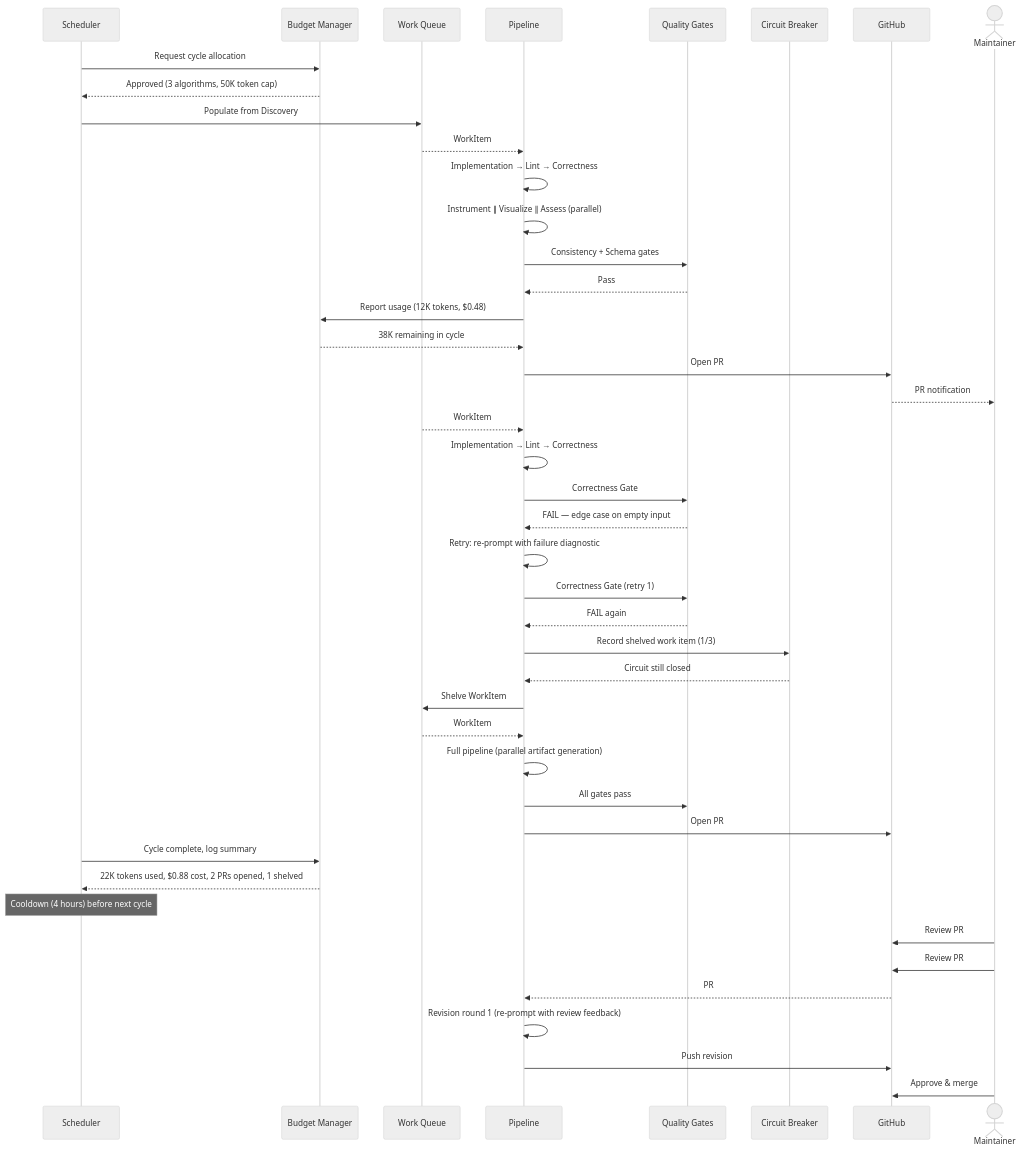
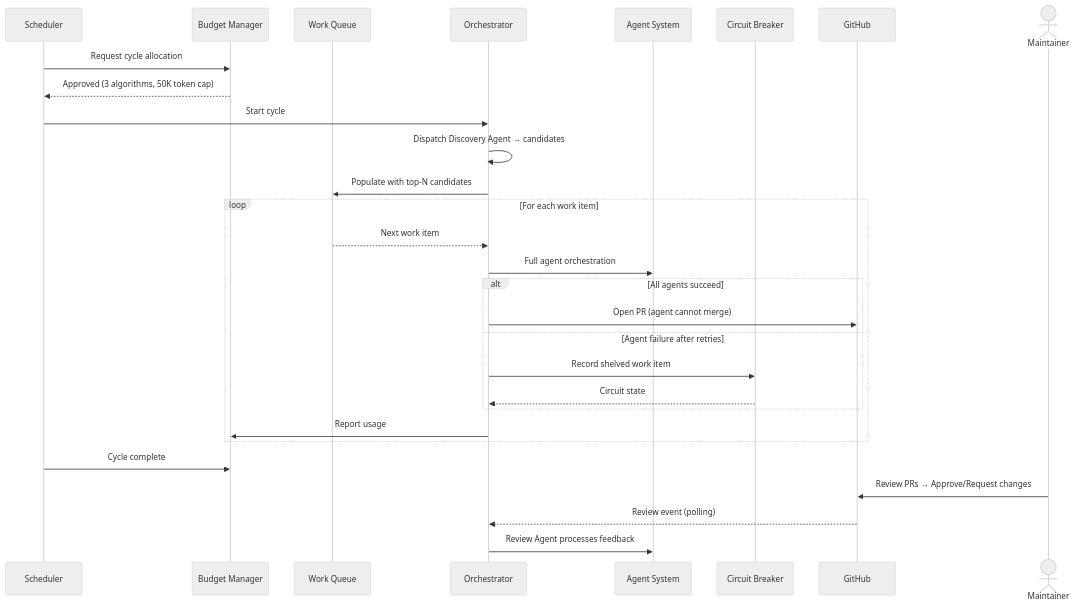
Before and after one commit to no-magic-ai/apprentice: the eighth of 10 diagrams in docs/system-design.md, drawn with Mermaid (neutral theme). The commit also changed other lines of this file, not shown here.

First line of the commit message:
docs: update system design for multi-agent architecture

````diff
--- a/docs/system-design.md
+++ b/docs/system-design.md
@@ -555,59 +569,36 @@
 ```mermaid
 sequenceDiagram
     participant Sched as Scheduler
     participant Budget as Budget Manager
     participant Queue as Work Queue
-    participant Pipe as Pipeline
-    participant Gates as Quality Gates
+    participant Orch as Orchestrator
+    participant Agents as Agent System
     participant CB as Circuit Breaker
     participant GH as GitHub
     actor Dev as Maintainer
 
     Sched->>Budget: Request cycle allocation
     Budget-->>Sched: Approved (3 algorithms, 50K token cap)
 
-    Sched->>Queue: Populate from Discovery
-    Queue-->>Pipe: WorkItem #1: "quickselect" (18K allocated)
+    Sched->>Orch: Start cycle
+    Orch->>Orch: Dispatch Discovery Agent → candidates
+    Orch->>Queue: Populate with top-N candidates
 
-    Pipe->>Pipe: Implementation → Lint → Correctness
-    Pipe->>Pipe: Instrument ∥ Visualize ∥ Assess (parallel)
-    Pipe->>Gates: Consistency + Schema gates
-    Gates-->>Pipe: Pass
+    loop For each work item
+        Queue-->>Orch: Next work item
+        Orch->>Agents: Full agent orchestration
+        alt All agents succeed
+            Orch->>GH: Open PR (agent cannot merge)
+        else Agent failure after retries
+            Orch->>CB: Record shelved work item
+            CB-->>Orch: Circuit state
+        end
+        Orch->>Budget: Report usage
+    end
 
-    Pipe->>Budget: Report usage (12K tokens, $0.48)
-    Budget-->>Pipe: 38K remaining in cycle
+    Sched->>Budget: Cycle complete
 
-    Pipe->>GH: Open PR #1 (agent cannot merge)
-    GH-->>Dev: PR notification
-
-    Queue-->>Pipe: WorkItem #2: "counting_sort" (15K allocated)
-    Pipe->>Pipe: Implementation → Lint → Correctness
-    Pipe->>Gates: Correctness Gate
-    Gates-->>Pipe: FAIL — edge case on empty input
-    Pipe->>Pipe: Retry: re-prompt with failure diagnostic
-    Pipe->>Gates: Correctness Gate (retry 1)
-    Gates-->>Pipe: FAIL again
-
-    Pipe->>CB: Record shelved work item (1/3)
-    CB-->>Pipe: Circuit still closed
-
-    Pipe->>Queue: Shelve WorkItem #2 with diagnostic
-
-    Queue-->>Pipe: WorkItem #3: "reservoir_sampling" (15K allocated)
-    Pipe->>Pipe: Full pipeline (parallel artifact generation)
-    Pipe->>Gates: All gates pass
-    Pipe->>GH: Open PR #2 (agent cannot merge)
-
-    Sched->>Budget: Cycle complete, log summary
-    Budget-->>Sched: 22K tokens used, $0.88 cost, 2 PRs opened, 1 shelved
-
-    Note over Sched: Cooldown (4 hours) before next cycle
-
-    Dev->>GH: Review PR #1 → Approve & merge
-    Dev->>GH: Review PR #2 → Request changes
-
-    GH-->>Pipe: PR #2 review event (detected by polling)
-    Pipe->>Pipe: Revision round 1 (re-prompt with review feedback)
-    Pipe->>GH: Push revision
-    Dev->>GH: Approve & merge
+    Dev->>GH: Review PRs → Approve/Request changes
+    GH-->>Orch: Review event (polling)
+    Orch->>Agents: Review Agent processes feedback
 ```
````
